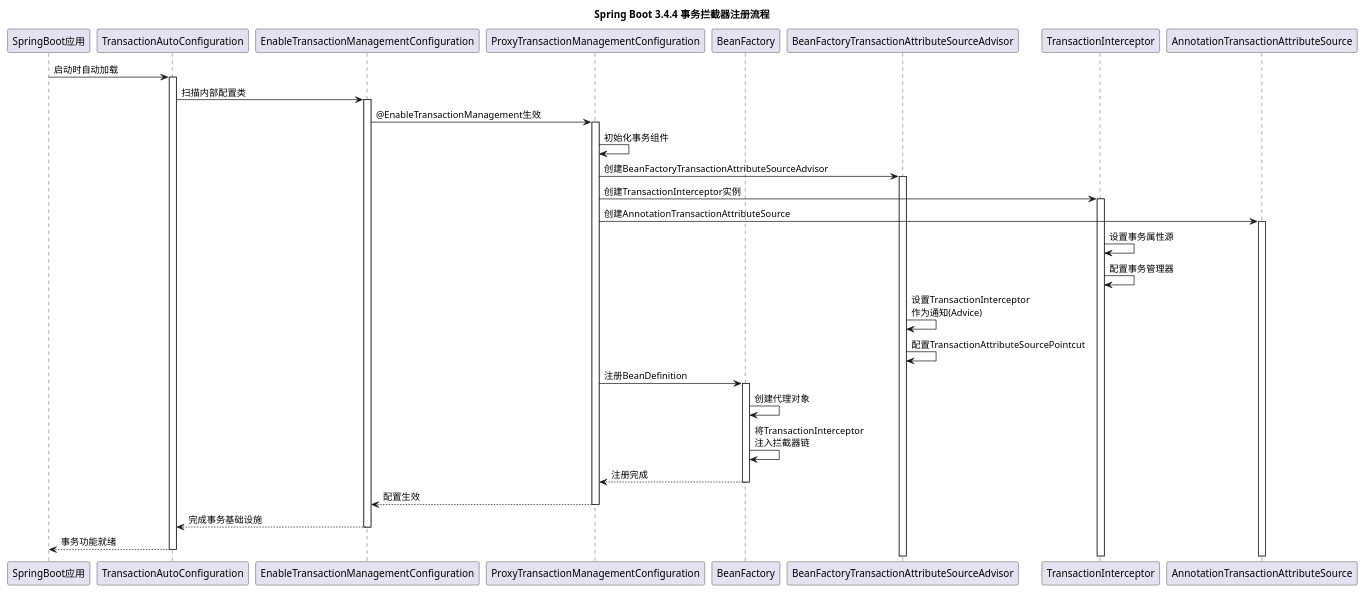
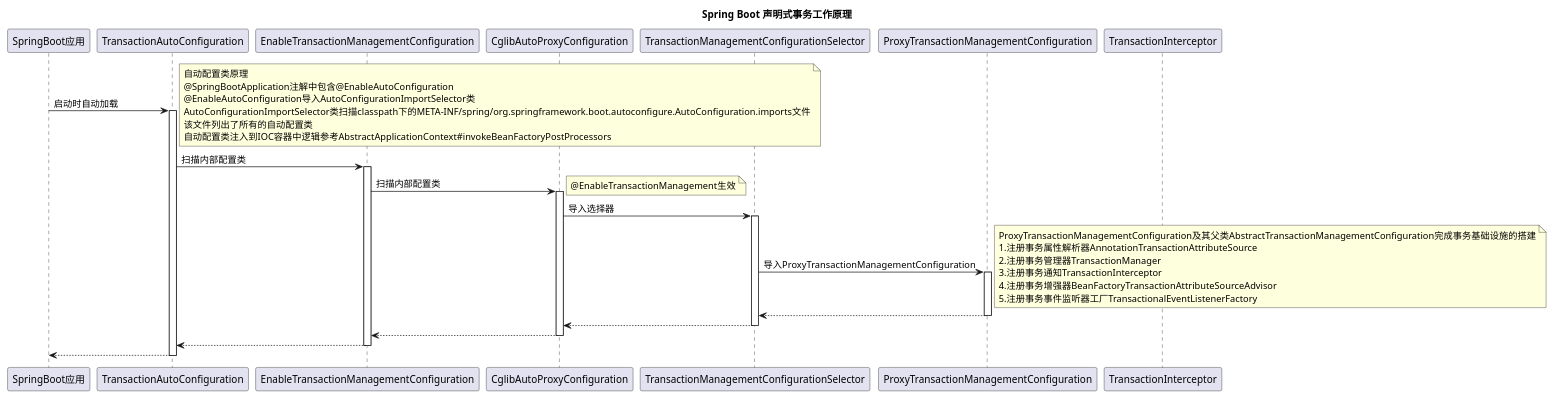
Before and after one commit to maiaimei/spring-learning: the diagram in docs/uml/Spring Boot 声明式事务工作原理.puml, drawn with PlantUML.

Commit message:
Update uml

```diff
--- a/docs/uml/Spring Boot 声明式事务工作原理.puml
+++ b/docs/uml/Spring Boot 声明式事务工作原理.puml
@@ -1,59 +1,63 @@
-@startuml Spring Boot 3.4.4 事务拦截器注册流程
+@startuml Spring Boot 声明式事务工作原理
 
 ' https://plantuml.com/zh/sequence-diagram
 
-title Spring Boot 3.4.4 事务拦截器注册流程
+title Spring Boot 声明式事务工作原理
 
 participant "SpringBoot应用" as app
 participant TransactionAutoConfiguration
 participant EnableTransactionManagementConfiguration
+participant CglibAutoProxyConfiguration
+participant TransactionManagementConfigurationSelector
 participant ProxyTransactionManagementConfiguration
-participant BeanFactory
-participant BeanFactoryTransactionAttributeSourceAdvisor
 participant TransactionInterceptor
-participant AnnotationTransactionAttributeSource
 
 app -> TransactionAutoConfiguration: 启动时自动加载
 activate TransactionAutoConfiguration
+note right
+自动配置类原理
+@SpringBootApplication注解中包含@EnableAutoConfiguration
+@EnableAutoConfiguration导入AutoConfigurationImportSelector类
+AutoConfigurationImportSelector类扫描classpath下的META-INF/spring/org.springframework.boot.autoconfigure.AutoConfiguration.imports文件
+该文件列出了所有的自动配置类
+自动配置类注入到IOC容器中逻辑参考AbstractApplicationContext#invokeBeanFactoryPostProcessors
+end note
 
-TransactionAutoConfiguration -> EnableTransactionManagementConfiguration: 扫描内部配置类
-activate EnableTransactionManagementConfiguration
+    TransactionAutoConfiguration -> EnableTransactionManagementConfiguration: 扫描内部配置类
+    activate EnableTransactionManagementConfiguration
 
-EnableTransactionManagementConfiguration -> ProxyTransactionManagementConfiguration: @EnableTransactionManagement生效
-activate ProxyTransactionManagementConfiguration
+        EnableTransactionManagementConfiguration -> CglibAutoProxyConfiguration: 扫描内部配置类
+        activate CglibAutoProxyConfiguration
+        note right
+        @EnableTransactionManagement生效
+        end note
 
-ProxyTransactionManagementConfiguration -> ProxyTransactionManagementConfiguration: 初始化事务组件
-ProxyTransactionManagementConfiguration -> BeanFactoryTransactionAttributeSourceAdvisor: 创建BeanFactoryTransactionAttributeSourceAdvisor
-activate BeanFactoryTransactionAttributeSourceAdvisor
+            CglibAutoProxyConfiguration -> TransactionManagementConfigurationSelector: 导入选择器
+            activate TransactionManagementConfigurationSelector
 
-ProxyTransactionManagementConfiguration -> TransactionInterceptor: 创建TransactionInterceptor实例
-activate TransactionInterceptor
+                TransactionManagementConfigurationSelector -> ProxyTransactionManagementConfiguration: 导入ProxyTransactionManagementConfiguration
+                activate ProxyTransactionManagementConfiguration
+                note right
+                ProxyTransactionManagementConfiguration及其父类AbstractTransactionManagementConfiguration完成事务基础设施的搭建
+                1.注册事务属性解析器AnnotationTransactionAttributeSource
+                2.注册事务管理器TransactionManager
+                3.注册事务通知TransactionInterceptor
+                4.注册事务增强器BeanFactoryTransactionAttributeSourceAdvisor
+                5.注册事务事件监听器工厂TransactionalEventListenerFactory
+                end note
+                ProxyTransactionManagementConfiguration --> TransactionManagementConfigurationSelector
+                deactivate ProxyTransactionManagementConfiguration
 
-ProxyTransactionManagementConfiguration -> AnnotationTransactionAttributeSource: 创建AnnotationTransactionAttributeSource
-activate AnnotationTransactionAttributeSource
+            TransactionManagementConfigurationSelector --> CglibAutoProxyConfiguration: 
+            deactivate TransactionManagementConfigurationSelector
 
-TransactionInterceptor -> TransactionInterceptor: 设置事务属性源
-TransactionInterceptor -> TransactionInterceptor: 配置事务管理器
+        CglibAutoProxyConfiguration --> EnableTransactionManagementConfiguration:
+        deactivate CglibAutoProxyConfiguration
 
-BeanFactoryTransactionAttributeSourceAdvisor -> BeanFactoryTransactionAttributeSourceAdvisor: 设置TransactionInterceptor\n作为通知(Advice)
-BeanFactoryTransactionAttributeSourceAdvisor -> BeanFactoryTransactionAttributeSourceAdvisor: 配置TransactionAttributeSourcePointcut
+    EnableTransactionManagementConfiguration --> TransactionAutoConfiguration:
+    deactivate EnableTransactionManagementConfiguration
 
-ProxyTransactionManagementConfiguration -> BeanFactory: 注册BeanDefinition
-activate BeanFactory
-
-BeanFactory -> BeanFactory: 创建代理对象
-BeanFactory -> BeanFactory: 将TransactionInterceptor\n注入拦截器链
-
-BeanFactory --> ProxyTransactionManagementConfiguration: 注册完成
-deactivate BeanFactory
-
-ProxyTransactionManagementConfiguration --> EnableTransactionManagementConfiguration: 配置生效
-deactivate ProxyTransactionManagementConfiguration
-
-EnableTransactionManagementConfiguration --> TransactionAutoConfiguration: 完成事务基础设施
-deactivate EnableTransactionManagementConfiguration
-
-TransactionAutoConfiguration --> app: 事务功能就绪
+TransactionAutoConfiguration --> app:
 deactivate TransactionAutoConfiguration
 
 @enduml
```
